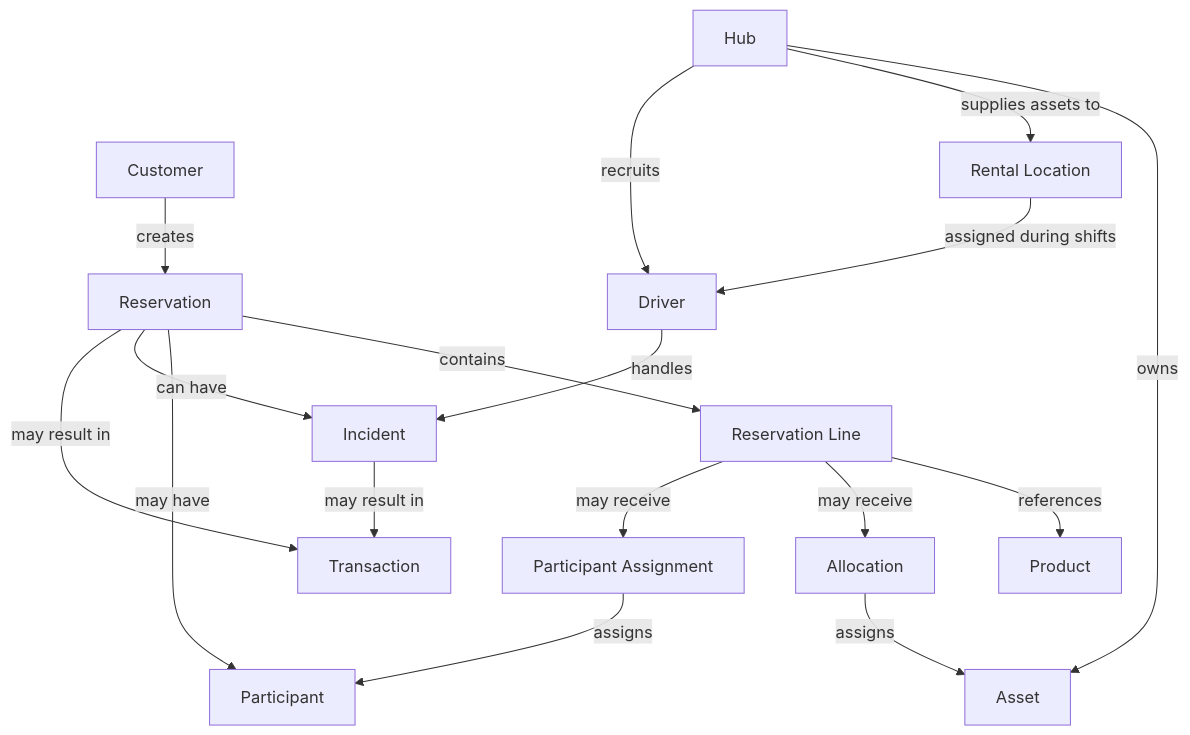
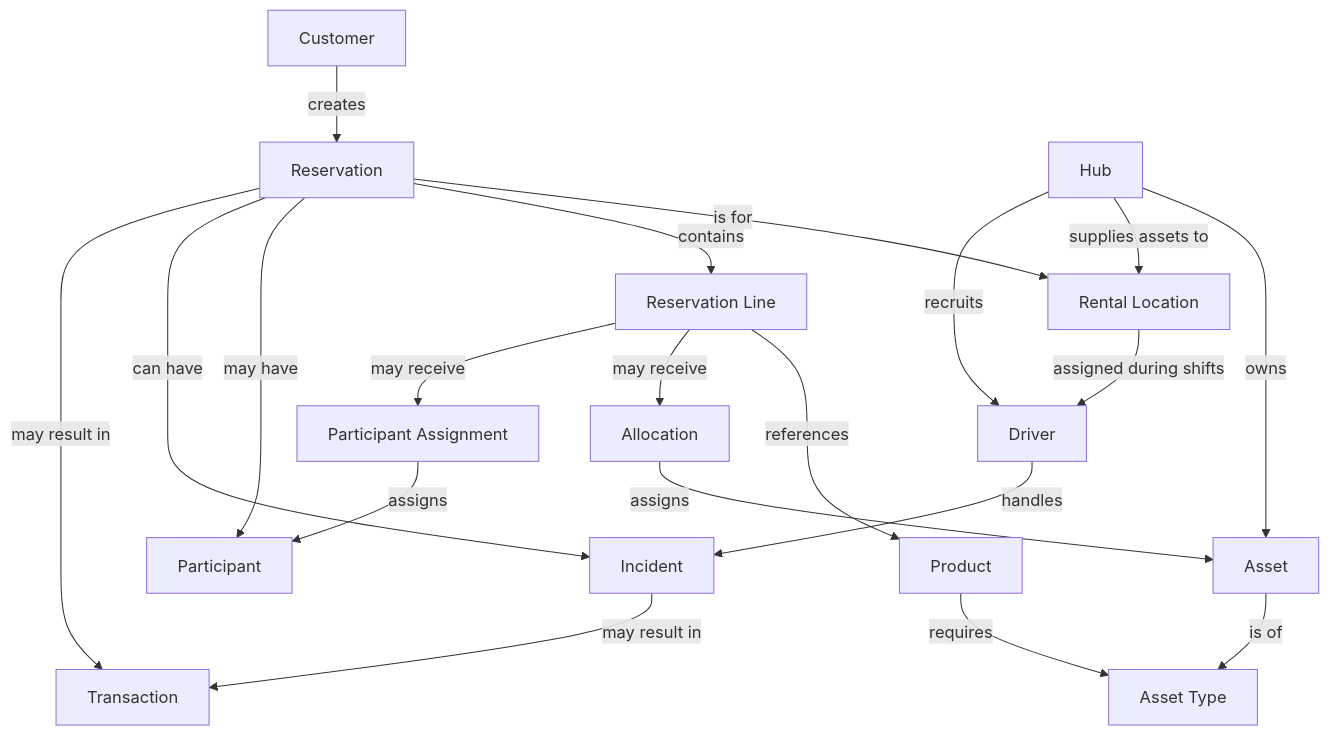
The diagram in docs/architecture/diagrams/02_domain-overview.md (e-kornmann/FlowDock), drawn with Mermaid before and after one commit. The commit also changed 6 other files, not shown here.

````diff
--- a/docs/architecture/diagrams/02_domain-overview.md
+++ b/docs/architecture/diagrams/02_domain-overview.md
@@ -5,62 +5,70 @@
 ```mermaid
 flowchart TB
 
 Customer[Customer]
 
 Reservation[Reservation]
 
 ReservationLine[Reservation Line]
 
 Product[Product]
 
 Allocation[Allocation]
 
 ParticipantAssignment[Participant Assignment]
 
 Asset[Asset]
 
+AssetType[Asset Type]
+
 Hub[Hub]
 
 RentalLocation[Rental Location]
 
 Driver[Driver]
 
 Participant[Participant]
 
 Incident[Incident]
 
 Transaction[Transaction]
 
 
 Customer -->|creates| Reservation
 
+Reservation -->|is for| RentalLocation
+
 Reservation -->|contains| ReservationLine
 
 Reservation -->|may have| Participant
 
 ReservationLine -->|references| Product
 
 ReservationLine -->|may receive| Allocation
 
 Allocation -->|assigns| Asset
+
+Asset -->|is of| AssetType
+
+Product -->|requires| AssetType
 
 ReservationLine -->|may receive| ParticipantAssignment
 
 ParticipantAssignment -->|assigns| Participant
 
 Hub -->|owns| Asset
 
 Hub -->|supplies assets to| RentalLocation
 
 Hub -->|recruits| Driver
 
 RentalLocation -->|assigned during shifts| Driver
 
 Driver -->|handles| Incident
 
 Reservation -->|can have| Incident
 
 Reservation -->|may result in| Transaction
 
 Incident -->|may result in| Transaction
 ```
````
